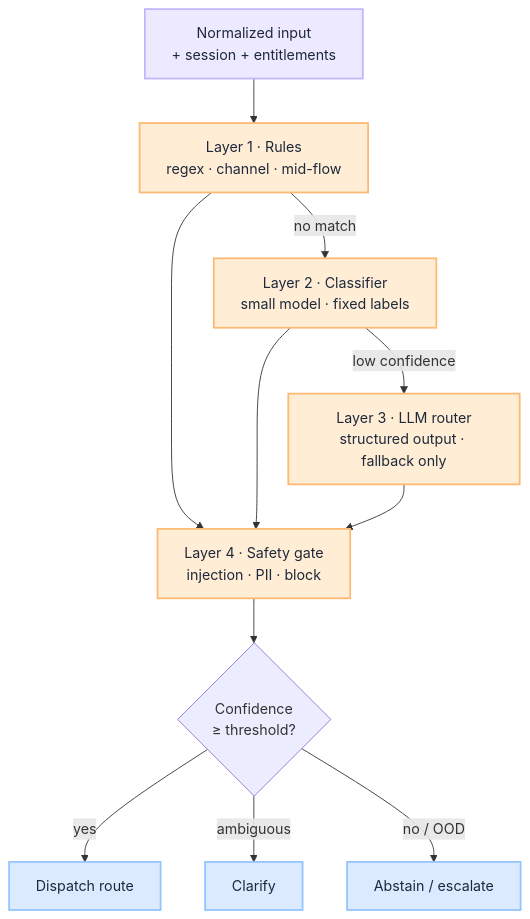
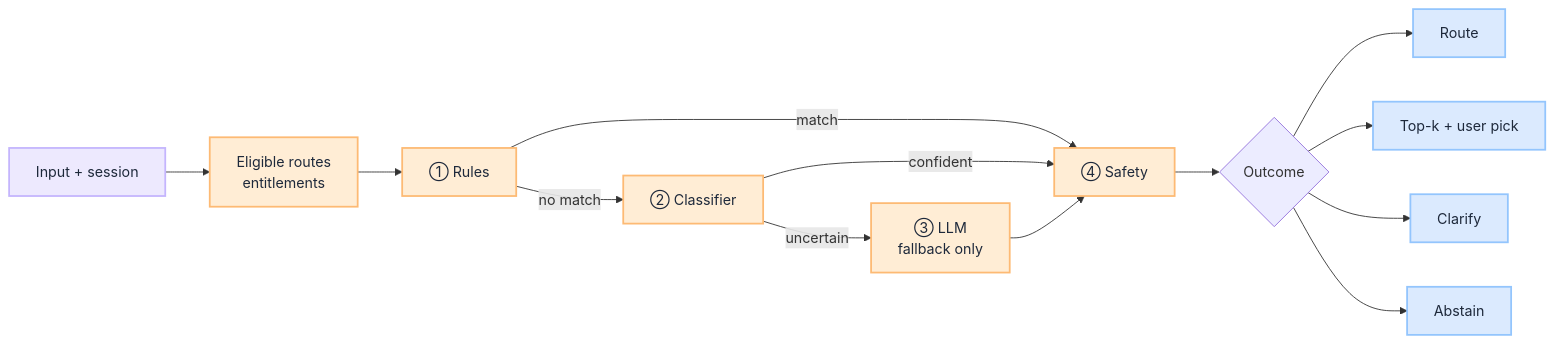
Before and after one commit to iamsharmajitender/gain: the first of 2 diagrams in docs/insights/design-intent-router/design-intent-router.mdx, drawn with Mermaid. The commit also changed other lines of this file and 7 other files, not shown here.

````diff
--- a/docs/insights/design-intent-router/design-intent-router.mdx
+++ b/docs/insights/design-intent-router/design-intent-router.mdx
@@ -75,31 +86,30 @@
 ```mermaid
-flowchart TB
-    Input["Normalized input<br/>+ session + entitlements"]
-    L1["Layer 1 · Rules<br/>regex · channel · mid-flow"]
-    L2["Layer 2 · Classifier<br/>small model · fixed labels"]
-    L3["Layer 3 · LLM router<br/>structured output · fallback only"]
-    Safety["Layer 4 · Safety gate<br/>injection · PII · block"]
-    Decision{"Confidence<br/>≥ threshold?"}
-    Route["Dispatch route"]
-    Clarify["Clarify"]
-    Abstain["Abstain / escalate"]
+flowchart LR
+    In["Input + session"]
+    Elig["Eligible routes<br/>entitlements"]
+    Rules["① Rules"]
+    Clf["② Classifier"]
+    LLM["③ LLM<br/>fallback only"]
+    Safe["④ Safety"]
+    Out{"Outcome"}
 
-    Input --> L1
-    L1 -->|"no match"| L2
-    L2 -->|"low confidence"| L3
-    L1 --> Safety
-    L2 --> Safety
-    L3 --> Safety
-    Safety --> Decision
-    Decision -->|"yes"| Route
-    Decision -->|"ambiguous"| Clarify
-    Decision -->|"no / OOD"| Abstain
+    In --> Elig --> Rules
+    Rules -->|"match"| Safe
+    Rules -->|"no match"| Clf
+    Clf -->|"confident"| Safe
+    Clf -->|"uncertain"| LLM
+    LLM --> Safe
+    Safe --> Out
+    Out --> Route["Route"]
+    Out --> Pick["Top-k + user pick"]
+    Out --> Clarify["Clarify"]
+    Out --> Abstain["Abstain"]
 
     classDef gate fill:#ffedd5,stroke:#fdba74,color:#1e293b,stroke-width:2px
     classDef process fill:#ede9fe,stroke:#c4b5fd,color:#1e293b,stroke-width:2px
     classDef outcome fill:#dbeafe,stroke:#93c5fd,color:#1e293b,stroke-width:2px
 
-    class L1,L2,L3,Safety gate
-    class Input process
-    class Route,Clarify,Abstain outcome
+    class Elig,Rules,Clf,LLM,Safe gate
+    class In process
+    class Route,Pick,Clarify,Abstain outcome
 ```
````
